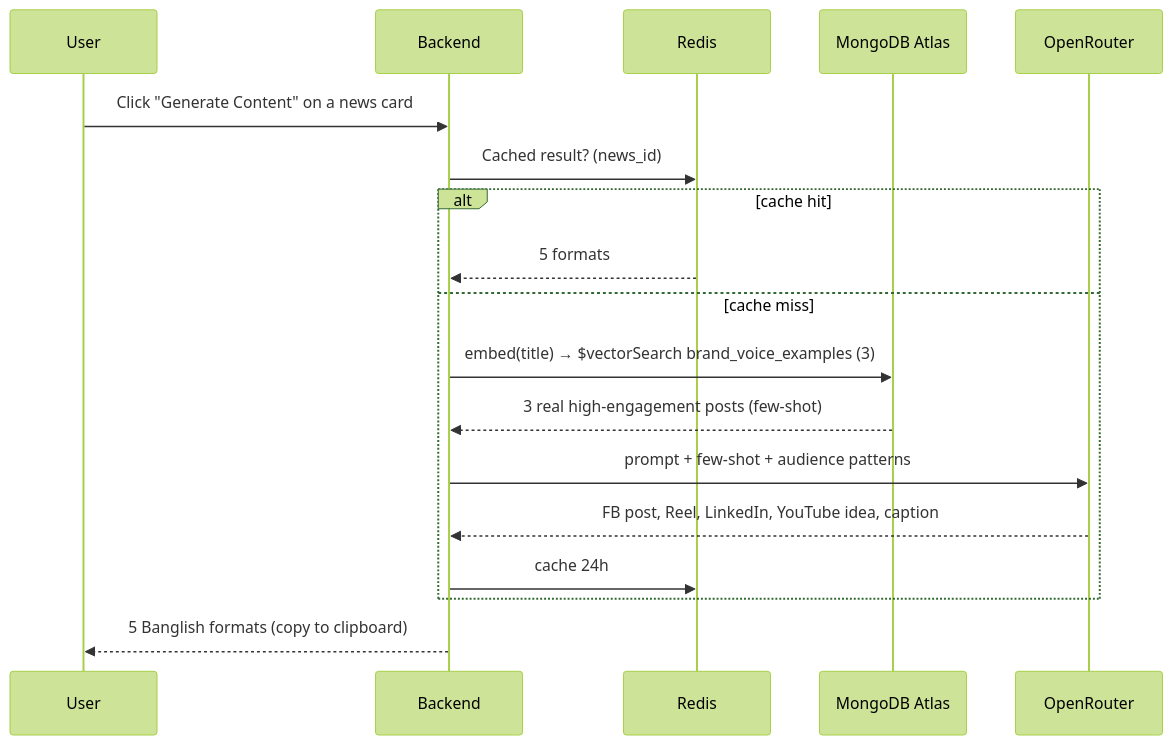
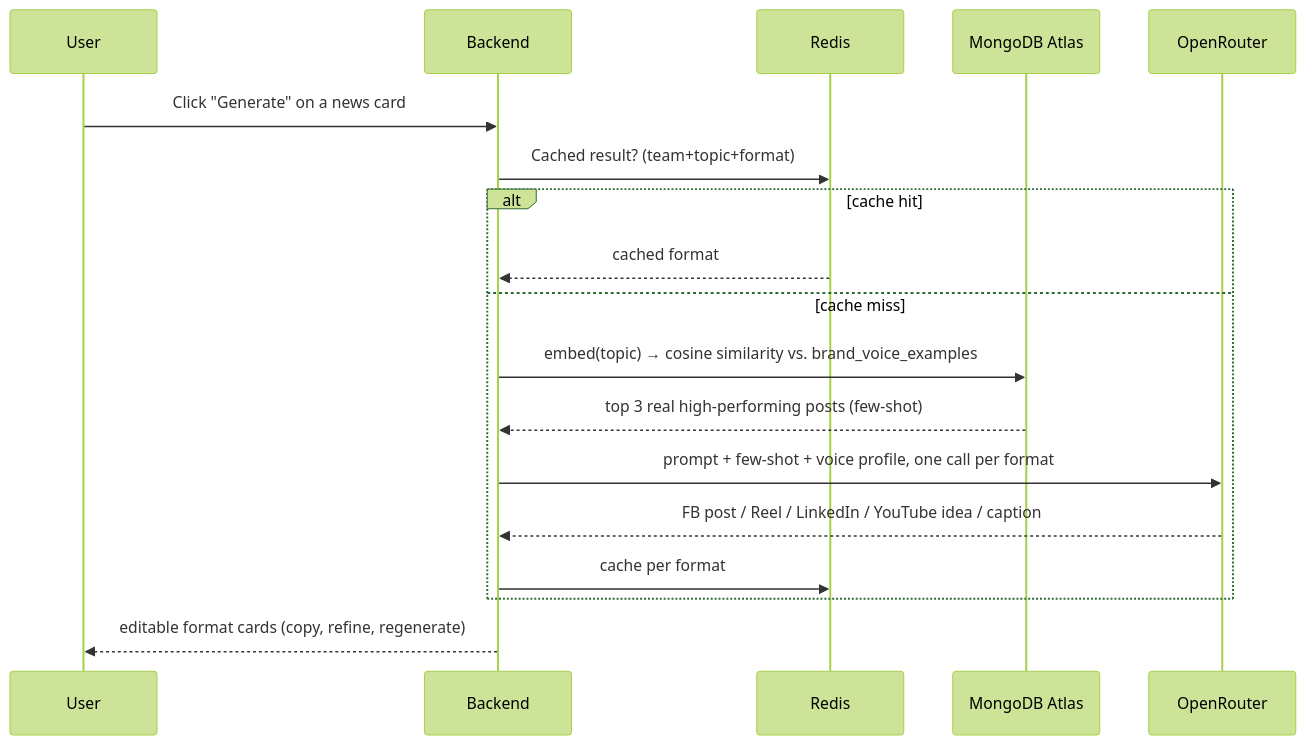
Before and after one commit to Farsit-007/AI-Content-Trend-Recommendation: the second of 2 diagrams in README.md, drawn with Mermaid (forest theme). The commit also changed other lines of this file and 243 other files, not shown here.

````diff
--- a/README.md
+++ b/README.md
@@ -165,21 +150,21 @@
 ```mermaid
 sequenceDiagram
     participant U as User
     participant API as Backend
     participant R as Redis
     participant M as MongoDB Atlas
     participant O as OpenRouter
 
-    U->>API: Click "Generate Content" on a news card
-    API->>R: Cached result? (news_id)
+    U->>API: Click "Generate" on a news card
+    API->>R: Cached result? (team+topic+format)
     alt cache hit
-        R-->>API: 5 formats
+        R-->>API: cached format
     else cache miss
-        API->>M: embed(title) → $vectorSearch brand_voice_examples (3)
-        M-->>API: 3 real high-engagement posts (few-shot)
-        API->>O: prompt + few-shot + audience patterns
-        O-->>API: FB post, Reel, LinkedIn, YouTube idea, caption
-        API->>R: cache 24h
+        API->>M: embed(topic) → cosine similarity vs. brand_voice_examples
+        M-->>API: top 3 real high-performing posts (few-shot)
+        API->>O: prompt + few-shot + voice profile, one call per format
+        O-->>API: FB post / Reel / LinkedIn / YouTube idea / caption
+        API->>R: cache per format
     end
-    API-->>U: 5 Banglish formats (copy to clipboard)
+    API-->>U: editable format cards (copy, refine, regenerate)
 ```
````
